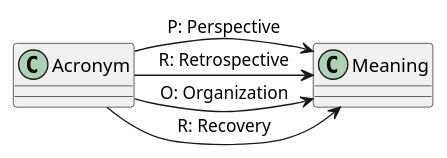
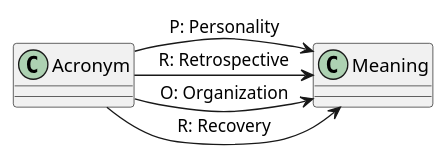
Before and after one commit to RPRO-Project/RPRO_entity_141217: the diagram in about_us.puml, drawn with PlantUML.

```diff
--- a/about_us.puml
+++ b/about_us.puml
@@ -1,10 +1,10 @@
 @startuml
 
 top to bottom direction
 
 Acronym->Meaning: R: Retrospective
-Acronym->Meaning: P: Perspective
+Acronym->Meaning: P: Personality
 Acronym->Meaning: R: Recovery
 Acronym->Meaning: O: Organization
 
 @enduml
```
